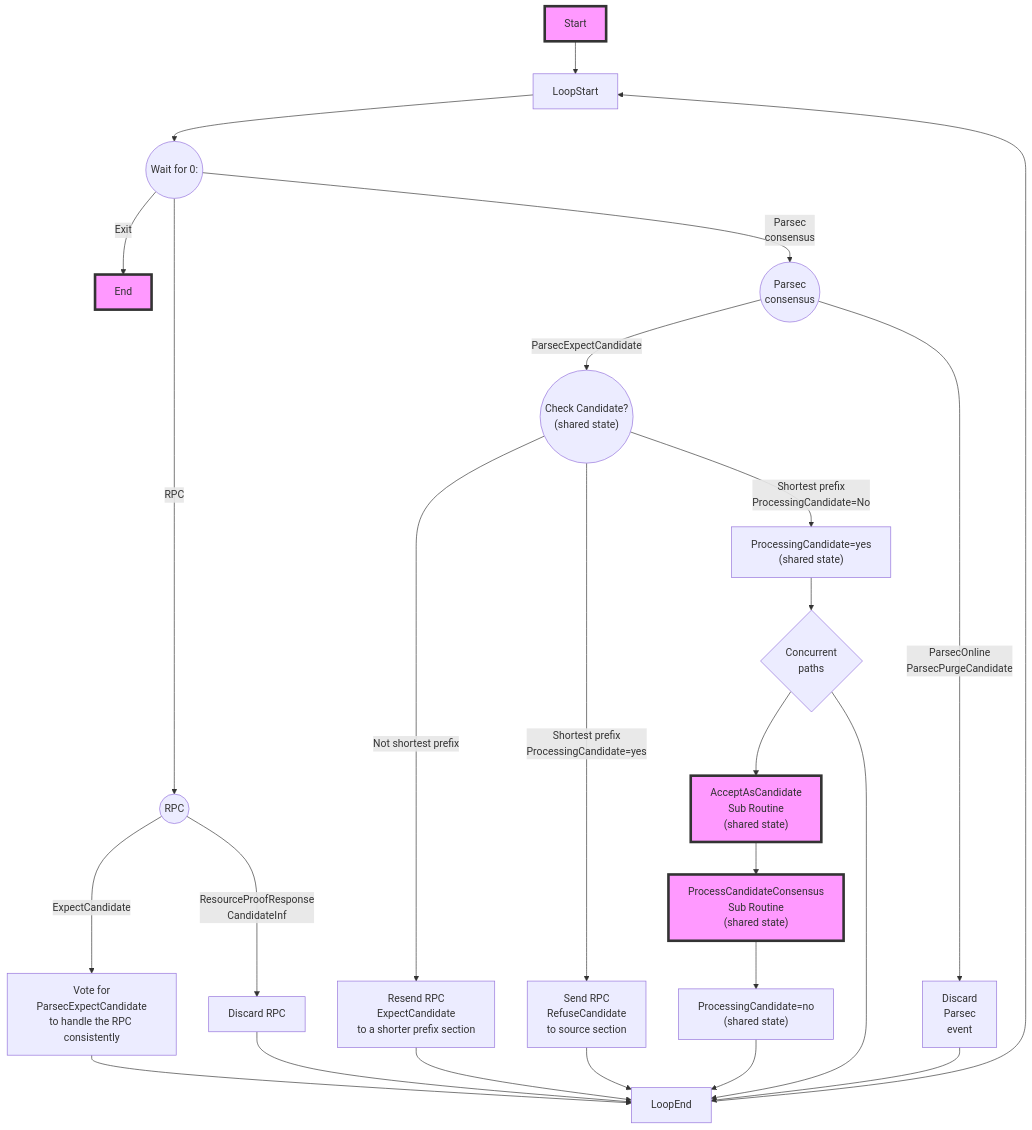
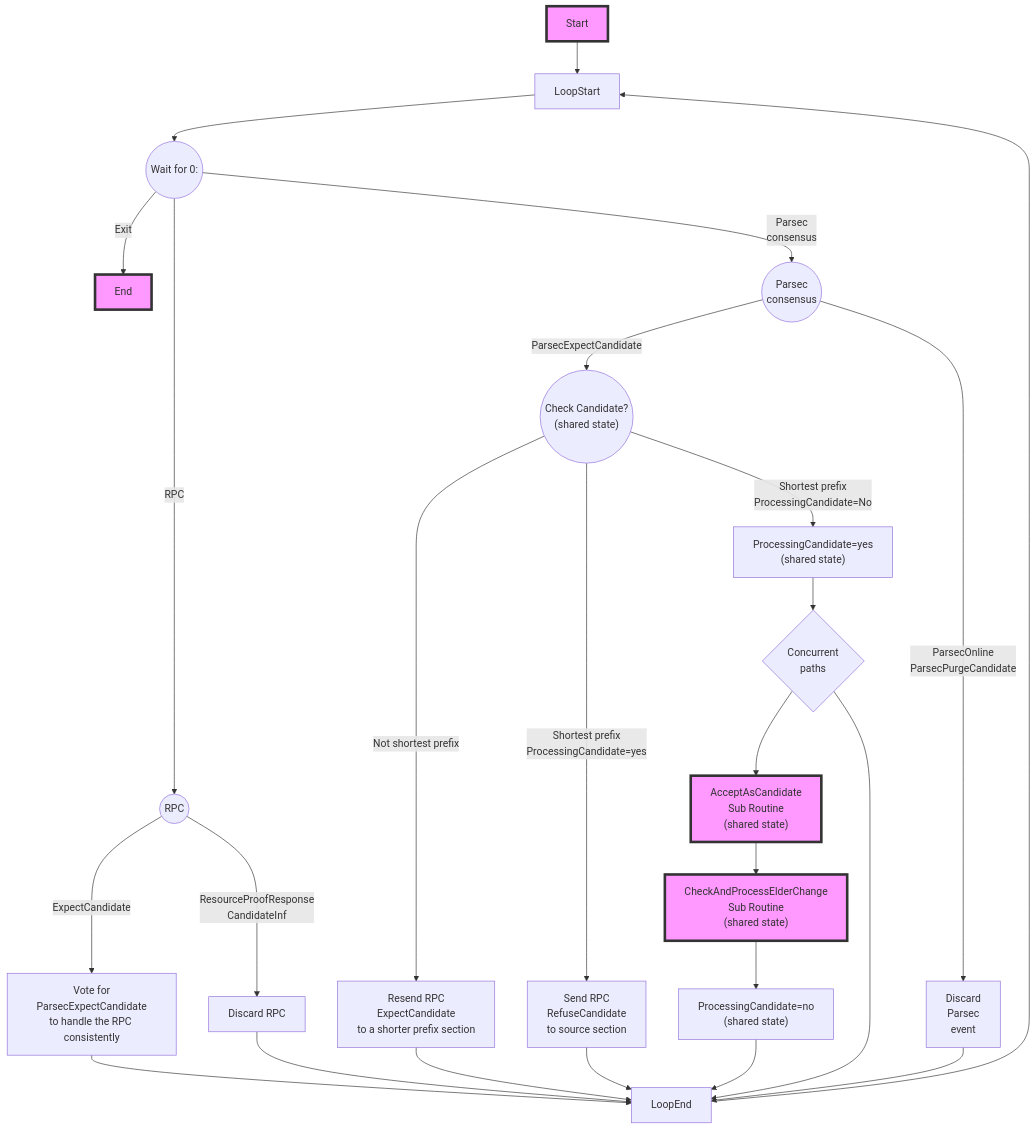
One commit to maidsafe/routing_model changed the first of 5 diagrams in routing_model/flow.md. Above: the diagram before and after it, drawn with Mermaid. The commit also changed other lines of this file and 2 other files, not shown here.

Commit message:
Merge check elder flow add states, make symetrical, add html view.

````diff
--- a/routing_model/flow.md
+++ b/routing_model/flow.md
@@ -31,62 +31,62 @@
 ```mermaid
 graph TB
 
     Start --> LoopStart
     LoopEnd --> LoopStart
 
     style Start fill:#f9f,stroke:#333,stroke-width:4px
     style End fill:#f9f,stroke:#333,stroke-width:4px
 
     LoopStart --> WaitFor
 
     WaitFor((Wait for 0:))
     WaitFor --Exit--> End
     WaitFor --RPC--> RPC
     WaitFor --Parsec<br/>consensus--> ParsecConsensus
 
     RPC((RPC))
     DiscardRPC[Discard RPC]
     RPC --ExpectCandidate--> VoteParsecExpectCandidate
     RPC --ResourceProofResponse<br/>CandidateInfo--> DiscardRPC
     DiscardRPC --> LoopEnd
 
     ParsecConsensus((Parsec<br/>consensus))
     DiscardParsec["Discard<br/>Parsec<br/>event"]
     ParsecConsensus --ParsecExpectCandidate--> Balanced
     ParsecConsensus --ParsecOnline<br/>ParsecPurgeCandidate<br/>--> DiscardParsec
     DiscardParsec --> LoopEnd
 
     VoteParsecExpectCandidate[Vote for<br/>ParsecExpectCandidate<br/>to handle the RPC consistently]
     VoteParsecExpectCandidate --> LoopEnd
 
     Balanced(("Check Candidate?<br/>(shared state)"))
     Balanced -- Not shortest prefix --> Resend
     Balanced -- "Shortest prefix<br/>ProcessingCandidate=yes" --> SendRefuse
     Balanced -- "Shortest prefix<br/>ProcessingCandidate=No" --> SetCandidateYes
 
     Resend["Resend RPC <br/>ExpectCandidate<br/>to a shorter prefix section"]
     Resend --> LoopEnd
 
     SendRefuse["Send RPC<br/>RefuseCandidate<br/>to source section"]
     SendRefuse --> LoopEnd
 
     SetCandidateYes["ProcessingCandidate=yes<br/>(shared state)"]
     SetCandidateYes-->Concurrent0
 
     Concurrent0{"Concurrent<br/>paths"}
     Concurrent0 --> AcceptAsCandidate
     Concurrent0 --> LoopEnd
 
 
     AcceptAsCandidate["AcceptAsCandidate<br/>Sub Routine<br/>(shared state)"]
     style AcceptAsCandidate fill:#f9f,stroke:#333,stroke-width:4px
-    AcceptAsCandidate --> ProcessCandidateConsensus
+    AcceptAsCandidate --> CheckAndProcessElderChange
 
-    ProcessCandidateConsensus["ProcessCandidateConsensus<br/>Sub Routine<br/>(shared state)"]
-    style ProcessCandidateConsensus fill:#f9f,stroke:#333,stroke-width:4px
-    ProcessCandidateConsensus--> SetCandidateNo
+    CheckAndProcessElderChange["CheckAndProcessElderChange<br/>Sub Routine<br/>(shared state)"]
+    style CheckAndProcessElderChange fill:#f9f,stroke:#333,stroke-width:4px
+    CheckAndProcessElderChange--> SetCandidateNo
 
     SetCandidateNo["ProcessingCandidate=no<br/>(shared state)"]
     SetCandidateNo-->LoopEnd
 
 ```
````
